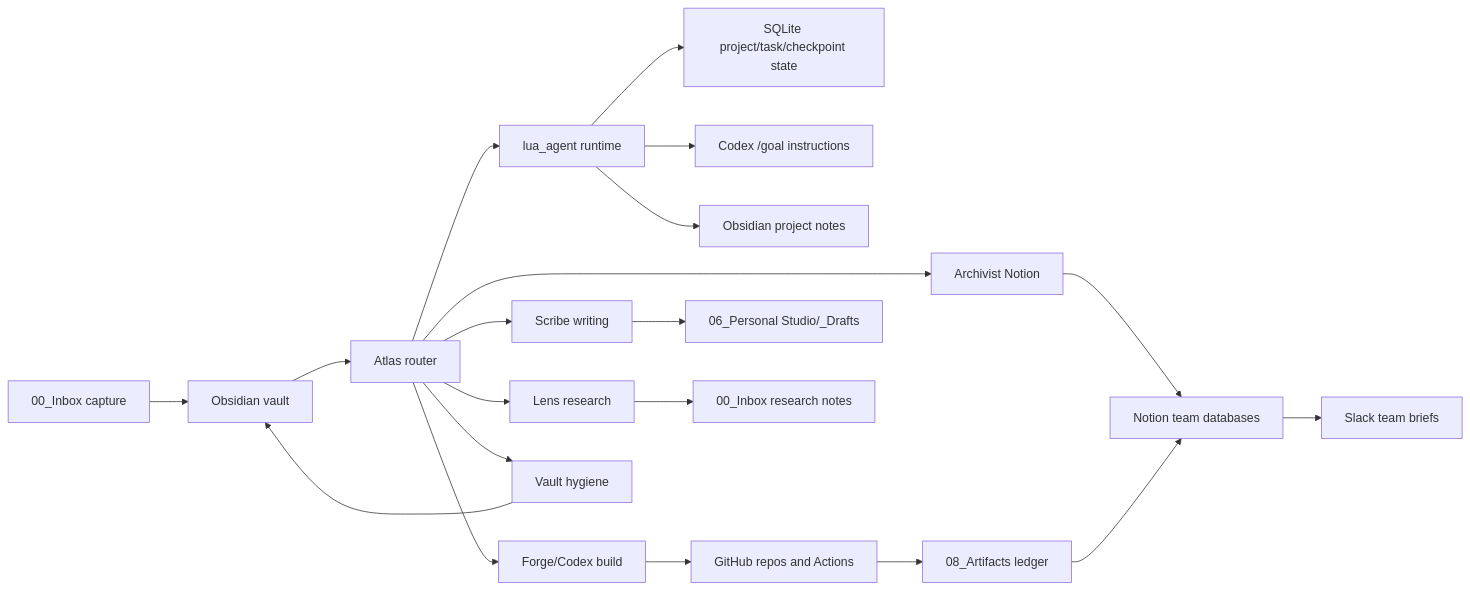
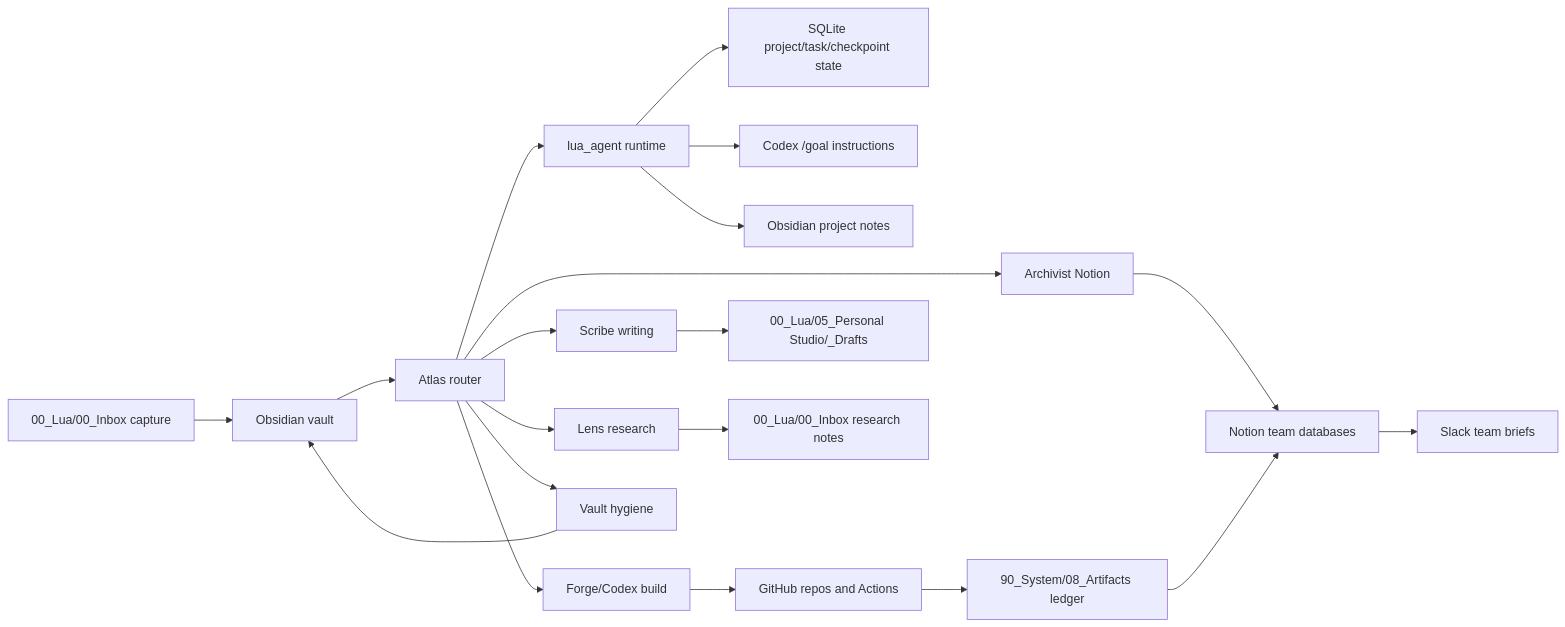
One commit to sooin123456/Lua changed the diagram in Lua-v4-operating-architecture.md. Above: the diagram before and after it, drawn with Mermaid. The commit also changed other lines of this file and 529 other files, not shown here.

````diff
--- a/Lua-v4-operating-architecture.md
+++ b/Lua-v4-operating-architecture.md
@@ -25,22 +25,22 @@
 ```mermaid
 flowchart LR
-  Inbox["00_Inbox capture"] --> Vault["Obsidian vault"]
+  Inbox["00_Lua/00_Inbox capture"] --> Vault["Obsidian vault"]
   Vault --> Atlas["Atlas router"]
   Atlas --> Runtime["lua_agent runtime"]
   Atlas --> Lens["Lens research"]
   Atlas --> Scribe["Scribe writing"]
   Atlas --> Forge["Forge/Codex build"]
   Atlas --> VaultAgent["Vault hygiene"]
   Atlas --> Archivist["Archivist Notion"]
   Runtime --> State["SQLite project/task/checkpoint state"]
   Runtime --> Goals["Codex /goal instructions"]
   Runtime --> Notes["Obsidian project notes"]
   Forge --> GitHub["GitHub repos and Actions"]
-  Scribe --> Drafts["06_Personal Studio/_Drafts"]
-  Lens --> Research["00_Inbox research notes"]
+  Scribe --> Drafts["00_Lua/05_Personal Studio/_Drafts"]
+  Lens --> Research["00_Lua/00_Inbox research notes"]
   VaultAgent --> Vault
   Archivist --> Notion["Notion team databases"]
   Notion --> Slack["Slack team briefs"]
-  GitHub --> Artifacts["08_Artifacts ledger"]
+  GitHub --> Artifacts["90_System/08_Artifacts ledger"]
   Artifacts --> Notion
 ```
````
